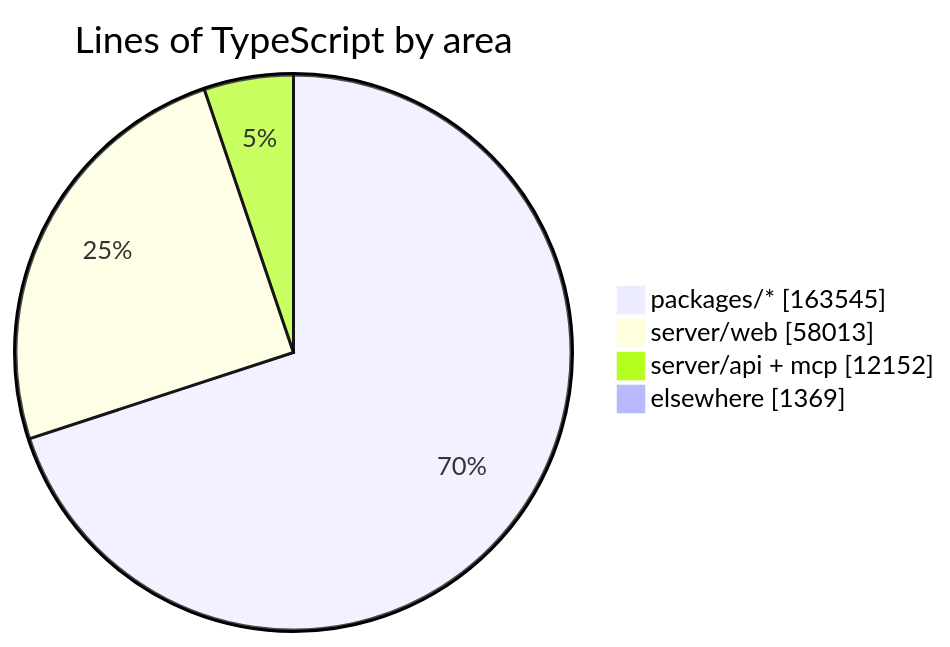
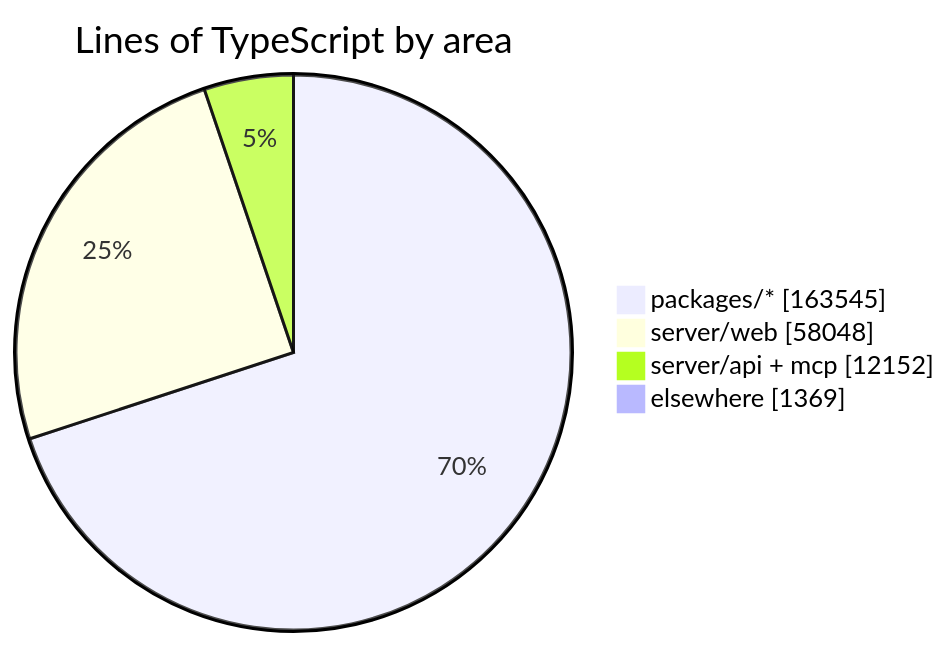
The diagram in README.md (crossworks-engineering/mantle), drawn with Mermaid before and after one commit. The commit also changed other lines of this file and 2 other files, not shown here.

````diff
--- a/README.md
+++ b/README.md
@@ -279,7 +279,7 @@
 ```mermaid
 pie showData title Lines of TypeScript by area
     "packages/*" : 163545
-    "server/web" : 58013
+    "server/web" : 58048
     "server/api + mcp" : 12152
     "elsewhere" : 1369
 ```
````
